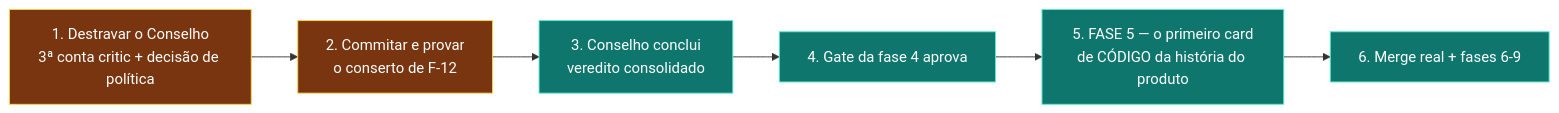
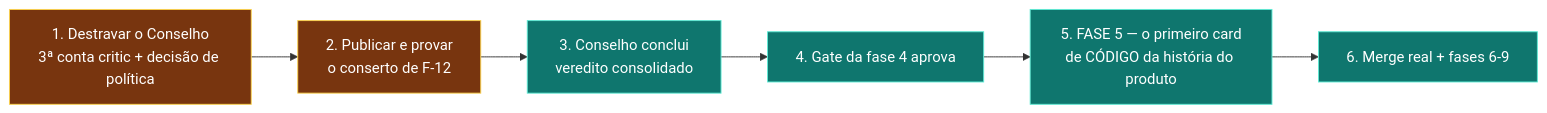
One commit to mateusdomi/harness-poseidon changed the diagram in docs/architecture/audits/kimi-macro-20260803/14-READINESS-E-PRAZO.md. Above: the diagram before and after it, drawn with Mermaid. The commit also changed other lines of this file and 4 other files, not shown here.

````diff
--- a/docs/architecture/audits/kimi-macro-20260803/14-READINESS-E-PRAZO.md
+++ b/docs/architecture/audits/kimi-macro-20260803/14-READINESS-E-PRAZO.md
@@ -65,13 +65,13 @@
 ```mermaid
 flowchart LR
-    A["1. Destravar o Conselho<br/>3ª conta critic + decisão de política"] --> B["2. Commitar e provar<br/>o conserto de F-12"]
+    A["1. Destravar o Conselho<br/>3ª conta critic + decisão de política"] --> B["2. Publicar e provar<br/>o conserto de F-12"]
     B --> C["3. Conselho conclui<br/>veredito consolidado"]
     C --> D["4. Gate da fase 4 aprova"]
     D --> E["5. FASE 5 — o primeiro card<br/>de CÓDIGO da história do produto"]
     E --> F["6. Merge real + fases 6-9"]
 
     classDef now fill:#78350f,stroke:#fcd34d,color:#fff
     classDef next fill:#0f766e,stroke:#5eead4,color:#fff
     class A,B now
     class C,D,E,F next
 ```
````
